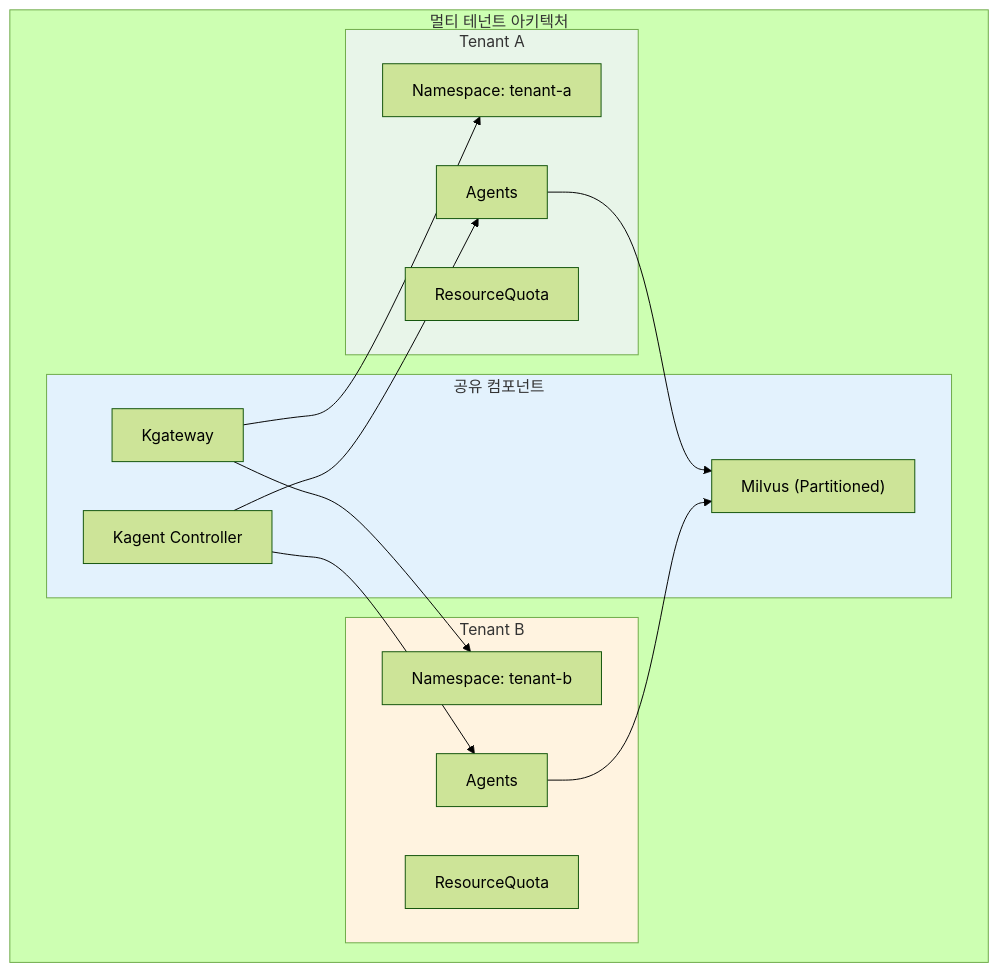
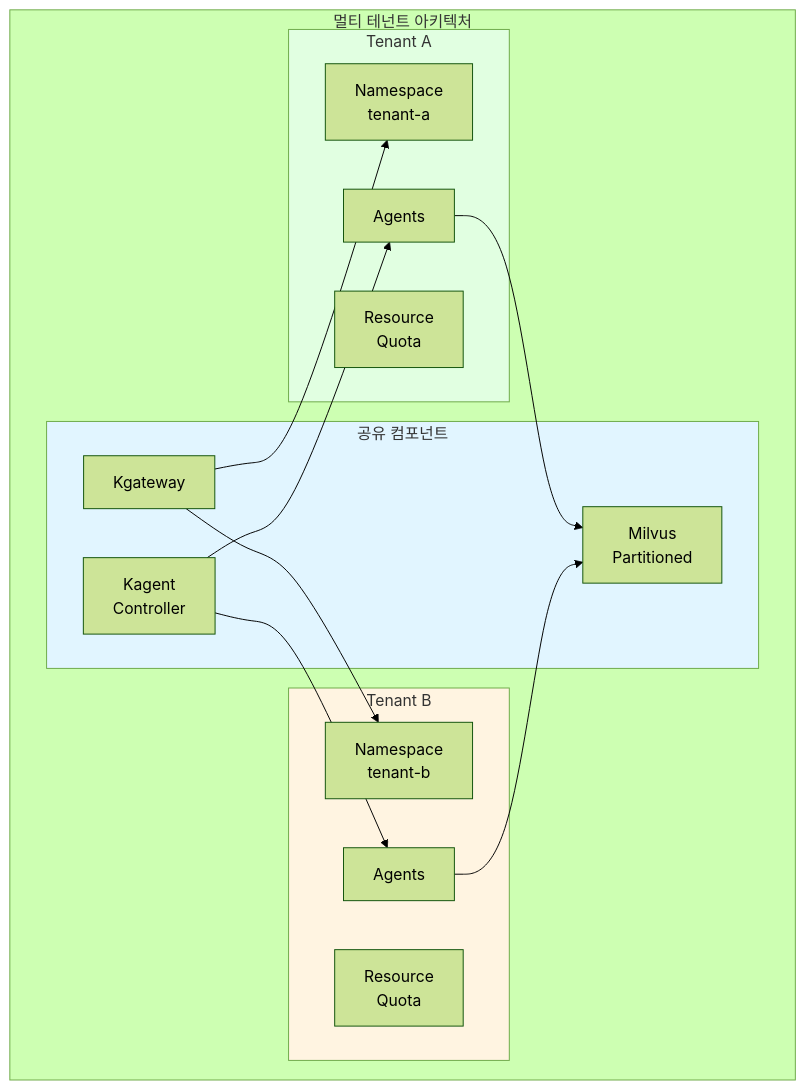
Before and after one commit to devfloor9/engineering-playbook: the eighth of 10 diagrams in docs/agentic-ai-platform/design-architecture/agentic-platform-architecture.md, drawn with Mermaid (forest theme). The commit also changed other lines of this file and 24 other files, not shown here.

````diff
--- a/docs/agentic-ai-platform/design-architecture/agentic-platform-architecture.md
+++ b/docs/agentic-ai-platform/design-architecture/agentic-platform-architecture.md
@@ -741,33 +741,33 @@
 ```mermaid
-graph TB
+flowchart TD
     subgraph MultiTenant["멀티 테넌트 아키텍처"]
         subgraph Shared["공유 컴포넌트"]
             GW["Kgateway"]
-            KAGENT["Kagent Controller"]
-            MILVUS["Milvus (Partitioned)"]
+            KAGENT["Kagent<br/>Controller"]
+            MILVUS["Milvus<br/>Partitioned"]
         end
 
         subgraph TenantA["Tenant A"]
-            NS_A["Namespace: tenant-a"]
+            NS_A["Namespace<br/>tenant-a"]
             AGENT_A["Agents"]
-            QUOTA_A["ResourceQuota"]
+            QUOTA_A["Resource<br/>Quota"]
         end
 
         subgraph TenantB["Tenant B"]
-            NS_B["Namespace: tenant-b"]
+            NS_B["Namespace<br/>tenant-b"]
             AGENT_B["Agents"]
-            QUOTA_B["ResourceQuota"]
+            QUOTA_B["Resource<br/>Quota"]
         end
     end
 
     GW --> NS_A
     GW --> NS_B
     KAGENT --> AGENT_A
     KAGENT --> AGENT_B
     AGENT_A --> MILVUS
     AGENT_B --> MILVUS
 
-    style Shared fill:#e3f2fd
-    style TenantA fill:#e8f5e9
-    style TenantB fill:#fff3e0
+    style Shared fill:#e1f5ff
+    style TenantA fill:#e1ffe1
+    style TenantB fill:#fff4e1
 ```
````
